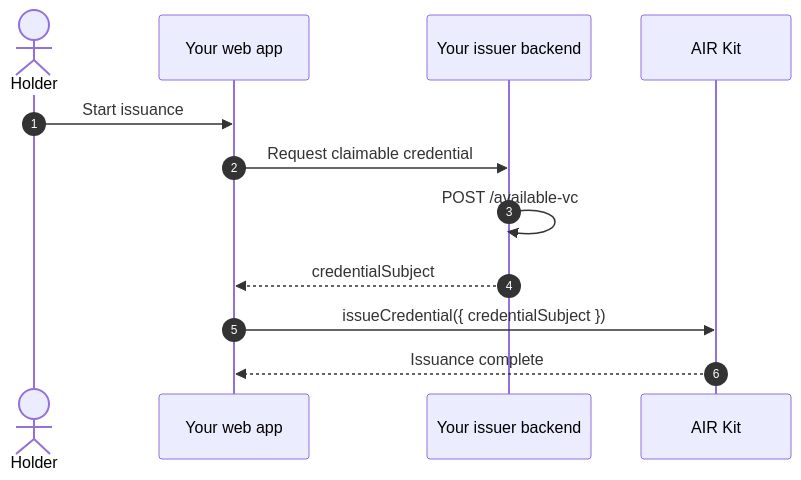
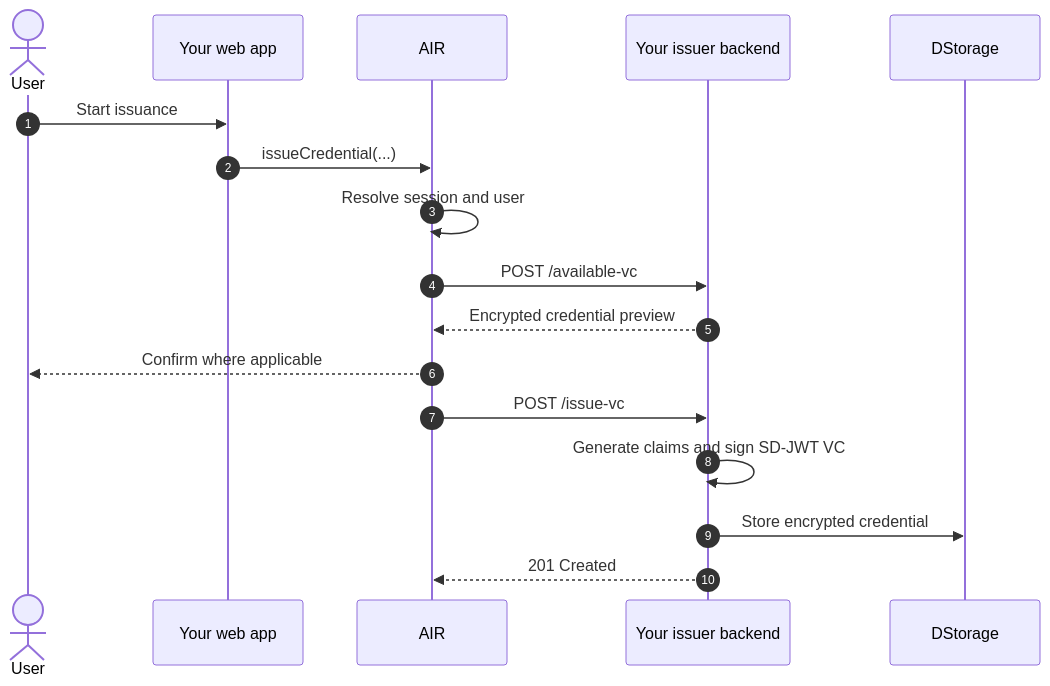
Before and after one commit to MocaNetwork/docs: the diagram in airkit/quickstart/issue-credentials.mdx, drawn with Mermaid. The commit also changed other lines of this file and 22 other files, not shown here.

Commit message:
[WIP] Updating Credential and JWT management

````diff
--- a/airkit/quickstart/issue-credentials.mdx
+++ b/airkit/quickstart/issue-credentials.mdx
@@ -79,14 +58,19 @@
 ```mermaid
 sequenceDiagram
     autonumber
-    actor Holder
+    actor User
     participant App as Your web app
+    participant AIR as AIR
     participant Backend as Your issuer backend
-    participant SDK as AIR Kit
-    Holder->>App: Start issuance
-    App->>Backend: Request claimable credential
-    Backend->>Backend: POST /available-vc
-    Backend-->>App: credentialSubject
-    App->>SDK: issueCredential({ credentialSubject })
-    SDK-->>App: Issuance complete
+    participant DS as DStorage
+    User->>App: Start issuance
+    App->>AIR: issueCredential(...)
+    AIR->>AIR: Resolve session and user
+    AIR->>Backend: POST /available-vc
+    Backend-->>AIR: Encrypted credential preview
+    AIR-->>User: Confirm where applicable
+    AIR->>Backend: POST /issue-vc
+    Backend->>Backend: Generate claims and sign SD-JWT VC
+    Backend->>DS: Store encrypted credential
+    Backend-->>AIR: 201 Created
 ```
````
